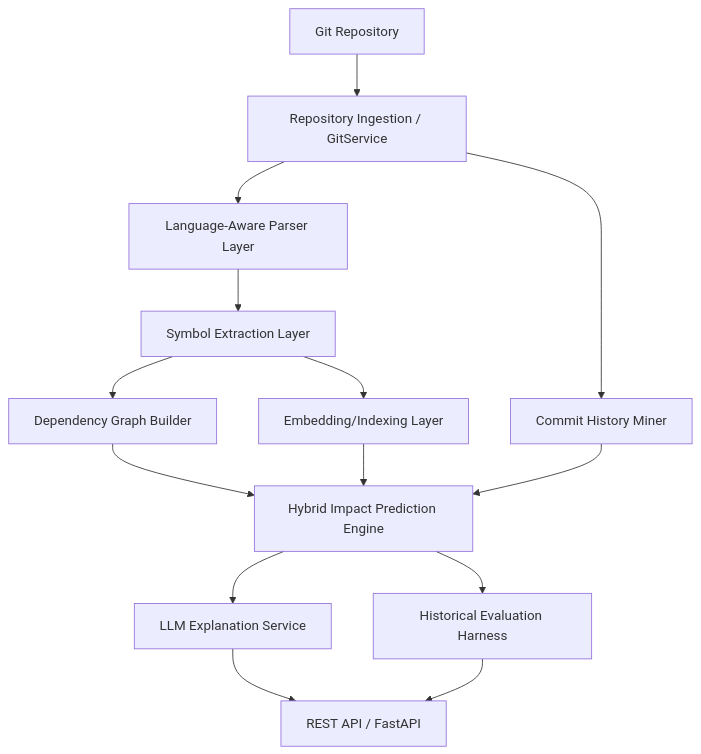
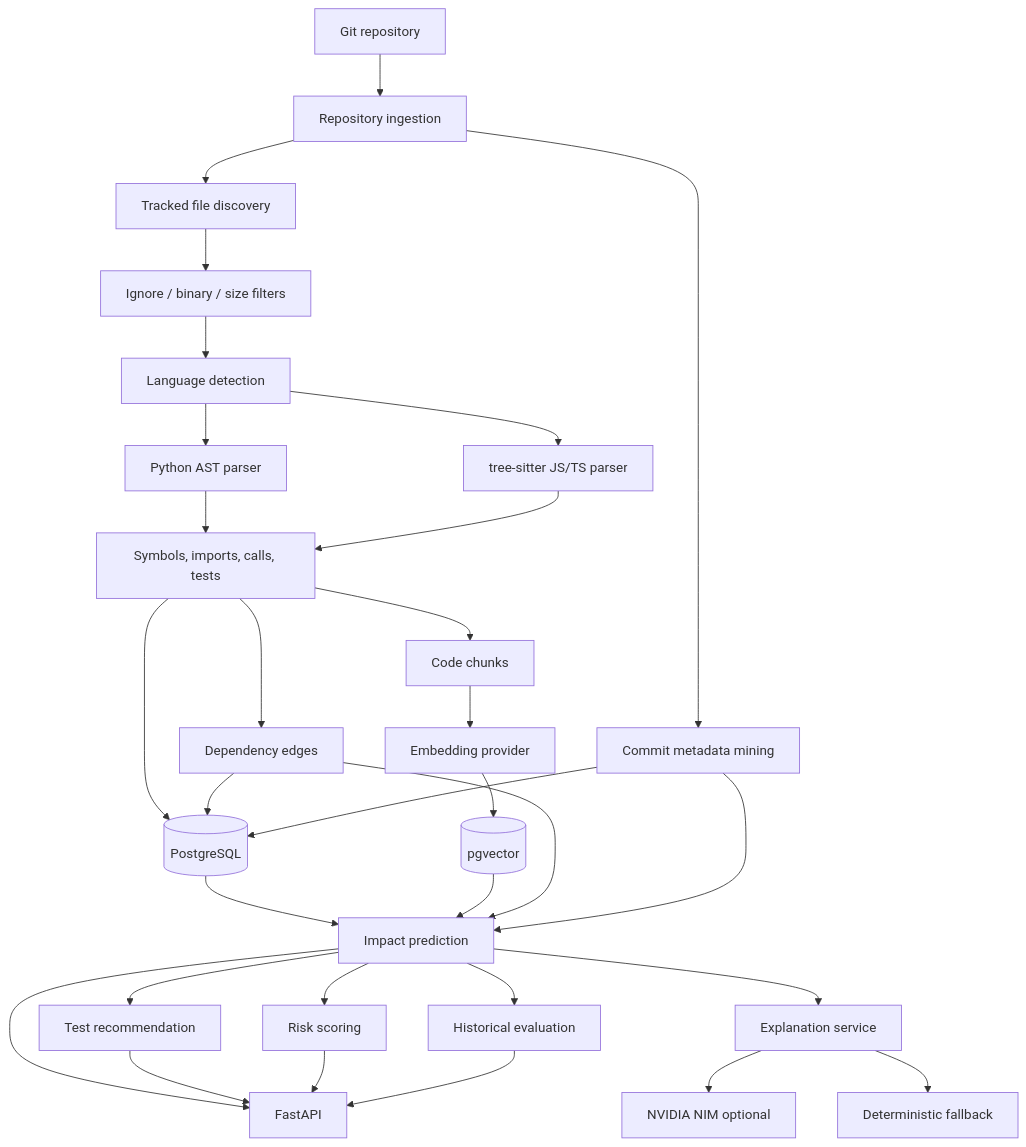
Before and after one commit to mahdi-behnam/gitvane: the diagram in docs/ARCHITECTURE.md, drawn with Mermaid. The commit also changed other lines of this file and 1 other file, not shown here.

First line of the commit message:
Expand architecture docs

````diff
--- a/docs/ARCHITECTURE.md
+++ b/docs/ARCHITECTURE.md
@@ -5,16 +9,33 @@
 ```mermaid
-graph TD
-    A[Git Repository] --> B[Repository Ingestion / GitService]
-    B --> C[Language-Aware Parser Layer]
-    C --> D[Symbol Extraction Layer]
-    D --> E[Dependency Graph Builder]
-    D --> F[Embedding/Indexing Layer]
-    B --> G[Commit History Miner]
-    E --> H[Hybrid Impact Prediction Engine]
-    F --> H
+flowchart TD
+    A[Git repository] --> B[Repository ingestion]
+    B --> C[Tracked file discovery]
+    C --> D[Ignore / binary / size filters]
+    D --> E[Language detection]
+    E --> F[Python AST parser]
+    E --> G[tree-sitter JS/TS parser]
+    F --> H[Symbols, imports, calls, tests]
     G --> H
-    H --> I[LLM Explanation Service]
-    H --> J[Historical Evaluation Harness]
-    I --> K[REST API / FastAPI]
-    J --> K
+    H --> I[(PostgreSQL)]
+    H --> J[Dependency edges]
+    J --> I
+    H --> K[Code chunks]
+    K --> L[Embedding provider]
+    L --> M[(pgvector)]
+    B --> N[Commit metadata mining]
+    N --> I
+    I --> O[Impact prediction]
+    M --> O
+    J --> O
+    N --> O
+    O --> P[Test recommendation]
+    O --> Q[Risk scoring]
+    O --> R[Historical evaluation]
+    O --> S[Explanation service]
+    S --> T[NVIDIA NIM optional]
+    S --> U[Deterministic fallback]
+    O --> V[FastAPI]
+    P --> V
+    Q --> V
+    R --> V
 ```
````
